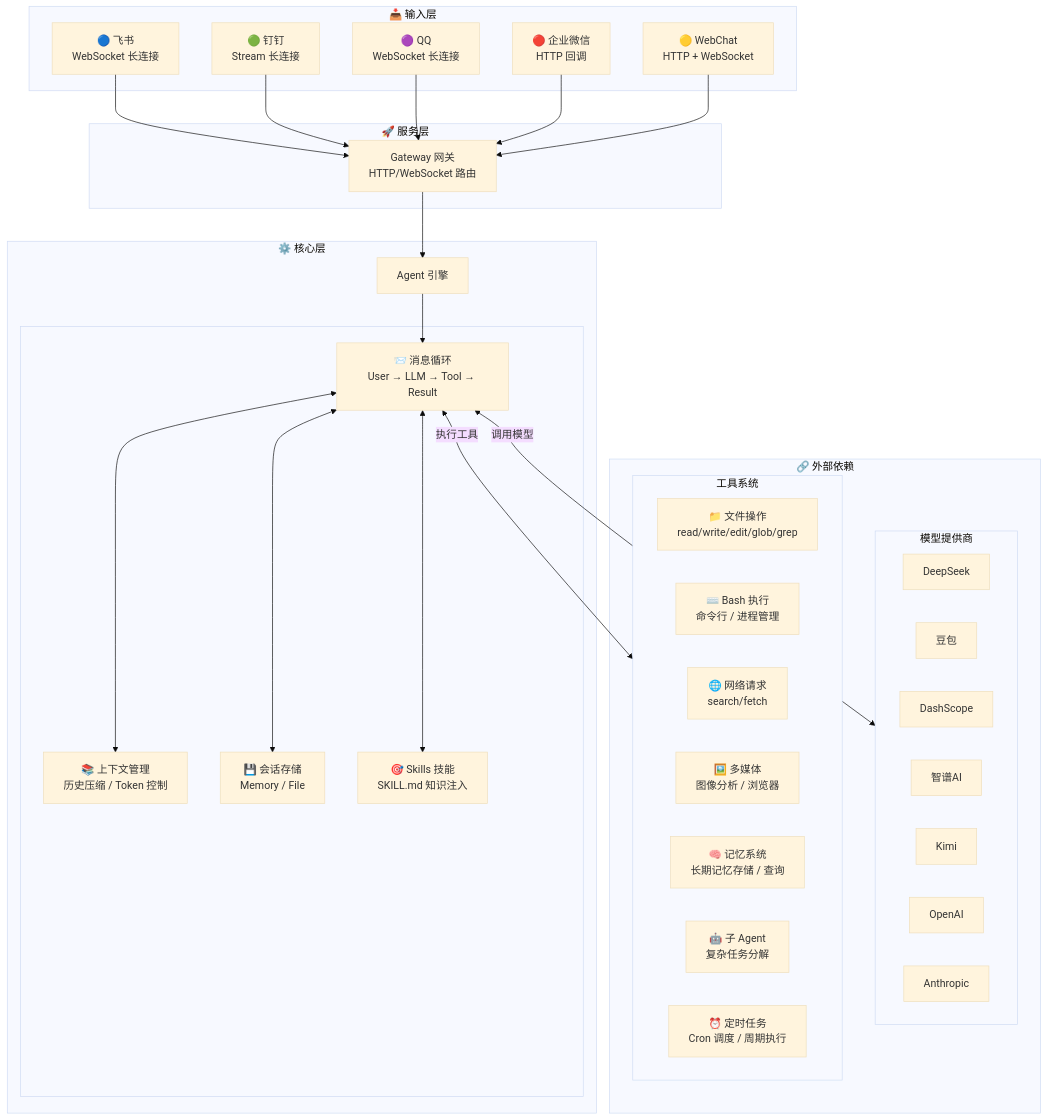
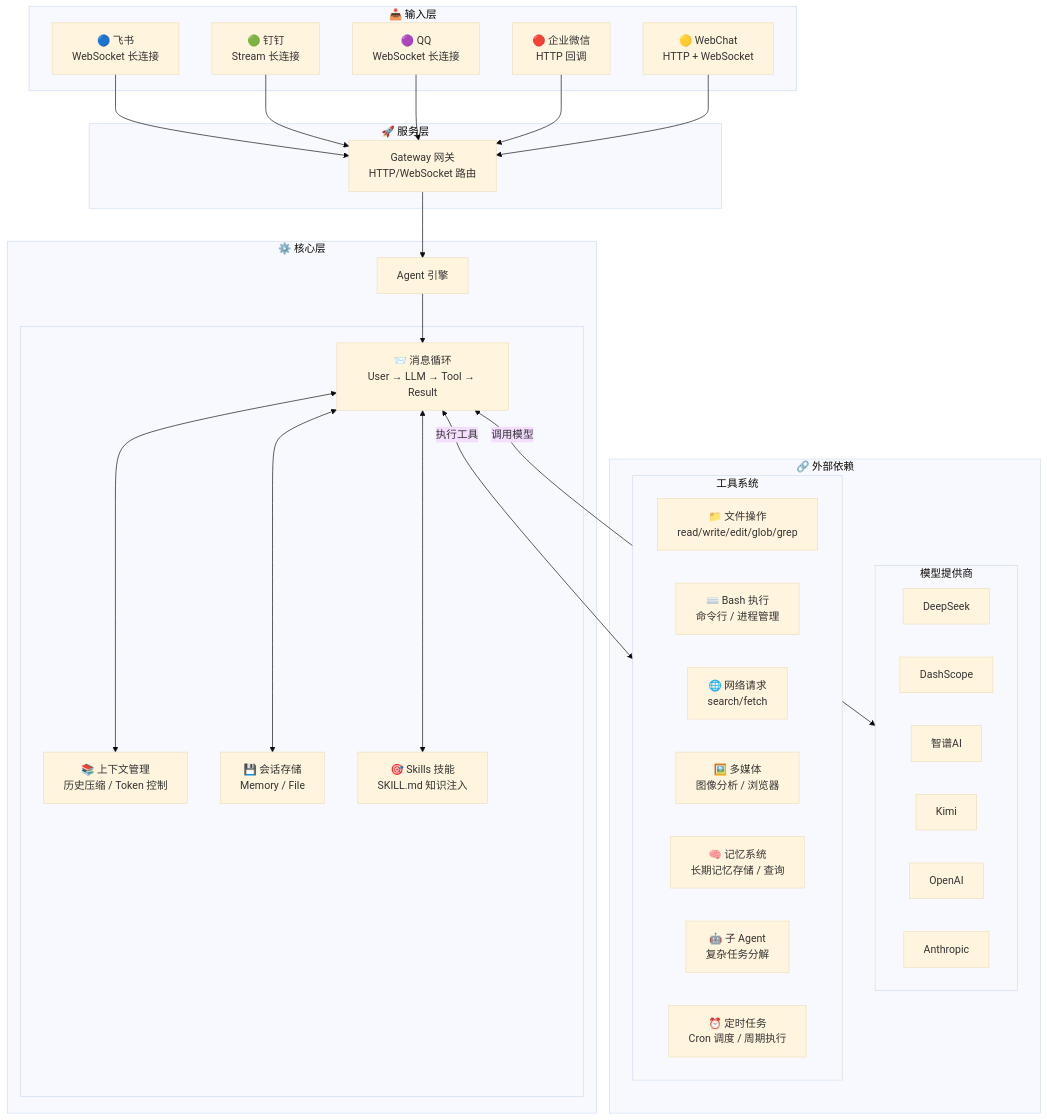
Before and after one commit to oujingzhou/openmozi: the second of 3 diagrams in README.md, drawn with Mermaid (base theme). The commit also changed other lines of this file and 59 other files, not shown here.

````diff
--- a/README.md
+++ b/README.md
@@ -851,60 +851,59 @@
 ```mermaid
 flowchart TB
     subgraph Input["📥 输入层"]
         Feishu["🔵 飞书\nWebSocket 长连接"]
         Dingtalk["🟢 钉钉\nStream 长连接"]
         QQ["🟣 QQ\nWebSocket 长连接"]
         WeCom["🔴 企业微信\nHTTP 回调"]
         WebChat["🟡 WebChat\nHTTP + WebSocket"]
     end
 
     subgraph Server["🚀 服务层"]
         Gateway["Gateway 网关\nHTTP/WebSocket 路由"]
     end
 
     subgraph Core["⚙️ 核心层"]
         Agent["Agent 引擎"]
 
         subgraph AgentInner[" "]
             MsgLoop["📨 消息循环\nUser → LLM → Tool → Result"]
             CtxMgr["📚 上下文管理\n历史压缩 / Token 控制"]
             Session["💾 会话存储\nMemory / File"]
             Skills["🎯 Skills 技能\nSKILL.md 知识注入"]
         end
     end
 
     subgraph External["🔗 外部依赖"]
         subgraph Providers["模型提供商"]
             P1["DeepSeek"]
-            P2["豆包"]
-            P3["DashScope"]
-            P4["智谱AI"]
-            P5["Kimi"]
-            P6["OpenAI"]
-            P7["Anthropic"]
+            P2["DashScope"]
+            P3["智谱AI"]
+            P4["Kimi"]
+            P5["OpenAI"]
+            P6["Anthropic"]
         end
 
         subgraph Tools["工具系统"]
             T1["📁 文件操作\nread/write/edit/glob/grep"]
             T2["⌨️ Bash 执行\n命令行 / 进程管理"]
             T3["🌐 网络请求\nsearch/fetch"]
             T4["🖼️ 多媒体\n图像分析 / 浏览器"]
             T5["🧠 记忆系统\n长期记忆存储 / 查询"]
             T6["🤖 子 Agent\n复杂任务分解"]
             T7["⏰ 定时任务\nCron 调度 / 周期执行"]
         end
     end
 
     Feishu --> Gateway
     Dingtalk --> Gateway
     QQ --> Gateway
     WeCom --> Gateway
     WebChat --> Gateway
     Gateway --> Agent
     Agent --> MsgLoop
     MsgLoop <--> CtxMgr
     MsgLoop <--> Session
     MsgLoop <--> Skills
     MsgLoop <-->|"调用模型"| Providers
     MsgLoop <-->|"执行工具"| Tools
 ```
````
